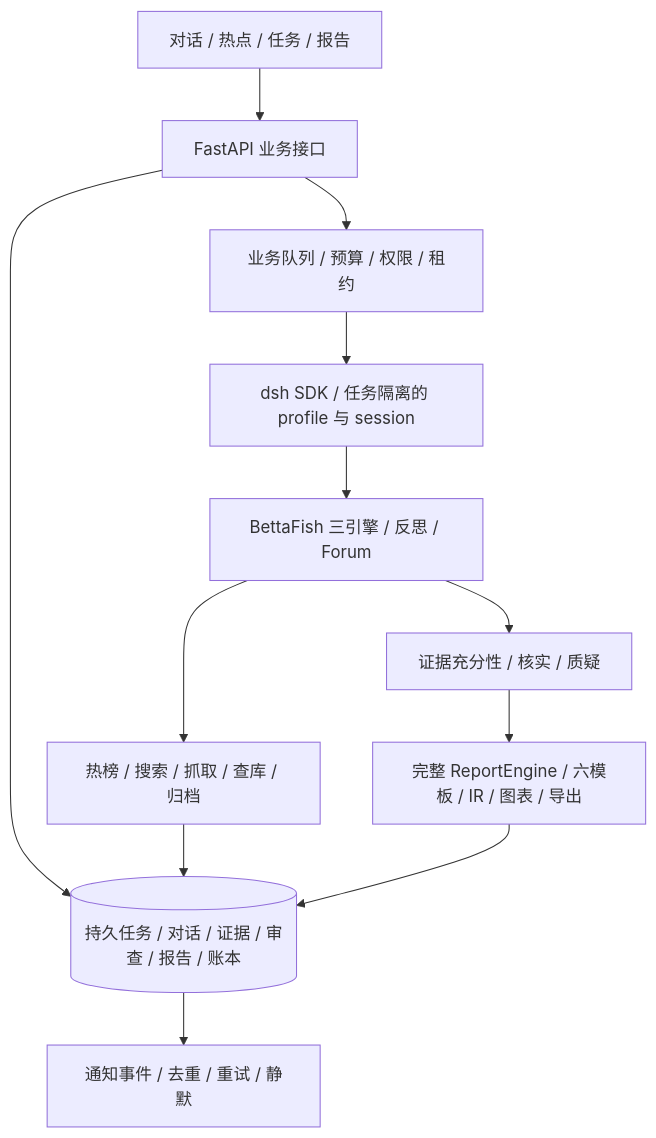
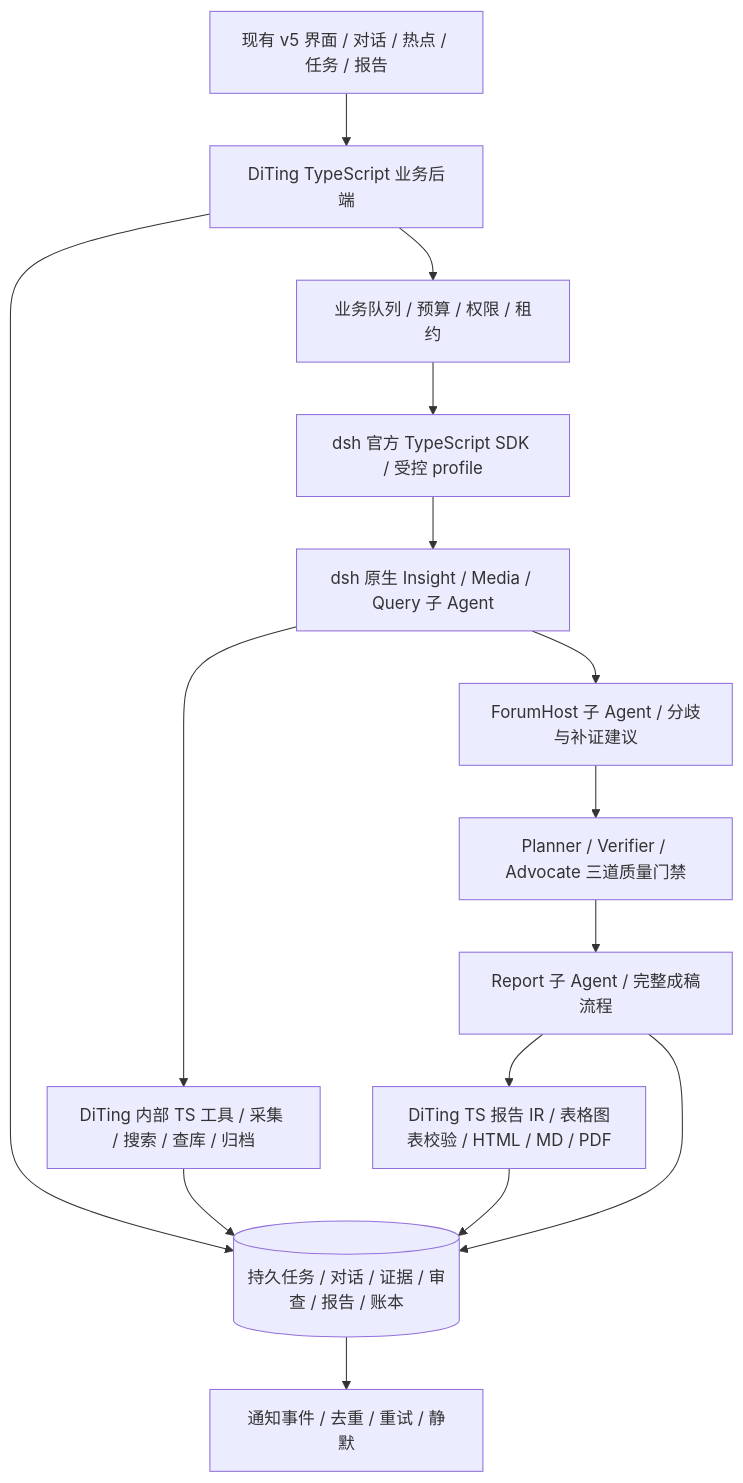
One commit to hello-lynn-prog/DiTing changed the diagram in docs/DiTing-整体实施规划-v6-2026-10-18.md. Above: the diagram before and after it, drawn with Mermaid. The commit also changed other lines of this file and 267 other files, not shown here.

Commit message:
Implement DiTing TypeScript research and digest workflows

````diff
--- a/docs/DiTing-整体实施规划-v6-2026-10-18.md
+++ b/docs/DiTing-整体实施规划-v6-2026-10-18.md
@@ -15,14 +19,17 @@
 ```mermaid
 flowchart TD
-    UI[对话 / 热点 / 任务 / 报告] --> API[FastAPI 业务接口]
+    UI[现有 v5 界面 / 对话 / 热点 / 任务 / 报告] --> API[DiTing TypeScript 业务后端]
     API --> DB[(持久任务 / 对话 / 证据 / 审查 / 报告 / 账本)]
     API --> QUEUE[业务队列 / 预算 / 权限 / 租约]
-    QUEUE --> DSH[dsh SDK / 任务隔离的 profile 与 session]
-    DSH --> ENGINES[BettaFish 三引擎 / 反思 / Forum]
-    ENGINES --> TOOLS[热榜 / 搜索 / 抓取 / 查库 / 归档]
+    QUEUE --> DSH[dsh 官方 TypeScript SDK / 受控 profile]
+    DSH --> ENGINES[dsh 原生 Insight / Media / Query 子 Agent]
+    ENGINES --> TOOLS[DiTing 内部 TS 工具 / 采集 / 搜索 / 查库 / 归档]
     TOOLS --> DB
-    ENGINES --> GATES[证据充分性 / 核实 / 质疑]
-    GATES --> REPORT[完整 ReportEngine / 六模板 / IR / 图表 / 导出]
+    ENGINES --> FORUM[ForumHost 子 Agent / 分歧与补证建议]
+    FORUM --> GATES[Planner / Verifier / Advocate 三道质量门禁]
+    GATES --> REPORT[Report 子 Agent / 完整成稿流程]
+    REPORT --> RENDER[DiTing TS 报告 IR / 表格图表校验 / HTML / MD / PDF]
+    RENDER --> DB
     REPORT --> DB
     DB --> OUTBOX[通知事件 / 去重 / 重试 / 静默]
 ```
````
